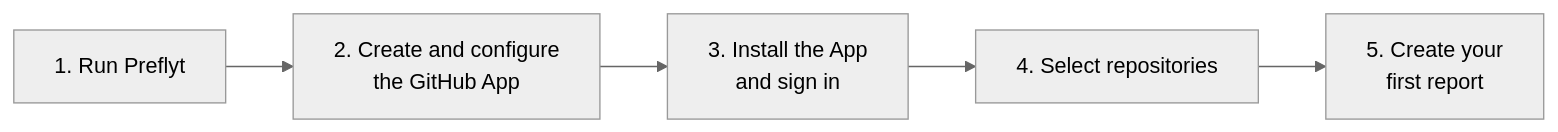
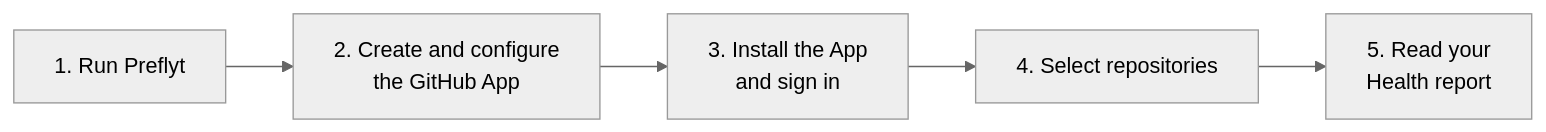
The diagram in apps/docs/docs/getting-started/index.md (lyrisoft/preflyt), drawn with Mermaid (neutral theme) before and after one commit. The commit also changed other lines of this file and 374 other files, not shown here.

````diff
--- a/apps/docs/docs/getting-started/index.md
+++ b/apps/docs/docs/getting-started/index.md
@@ -12,7 +12,7 @@
 ```mermaid
 flowchart LR
   A[1. Run Preflyt] --> B[2. Create and configure<br/>the GitHub App]
   B --> C[3. Install the App<br/>and sign in]
   C --> D[4. Select repositories]
-  D --> E[5. Create your<br/>first report]
+  D --> E[5. Read your<br/>Health report]
 ```
````
